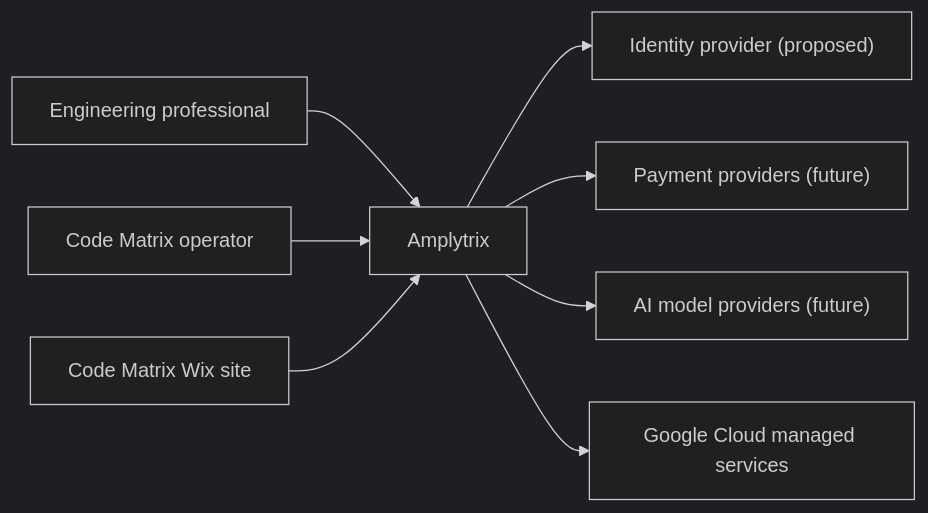
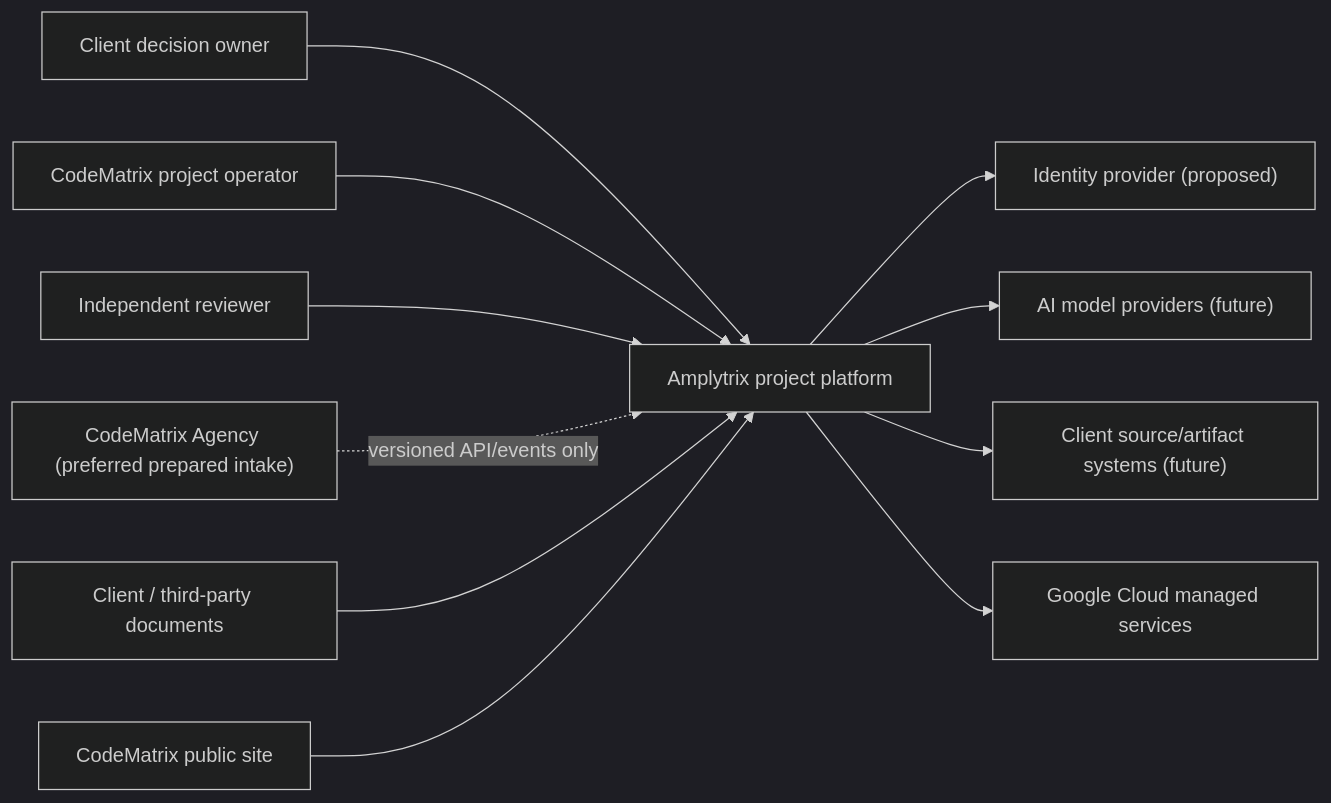
One commit to anderzilla/amplytrix changed the diagram in docs/architecture/c4-context.md. Above: the diagram before and after it, drawn with Mermaid (dark theme). The commit also changed other lines of this file and 83 other files, not shown here.

Commit message:
feat(architecture): establish project-governed phase zero

````diff
--- a/docs/architecture/c4-context.md
+++ b/docs/architecture/c4-context.md
@@ -3,10 +3,13 @@
 ```mermaid
 flowchart LR
-  user["Engineering professional"] --> amp["Amplytrix"]
-  admin["Code Matrix operator"] --> amp
+  client["Client decision owner"] --> amp["Amplytrix project platform"]
+  operator["CodeMatrix project operator"] --> amp
+  reviewer["Independent reviewer"] --> amp
   amp --> identity["Identity provider (proposed)"]
-  amp --> payment["Payment providers (future)"]
   amp --> model["AI model providers (future)"]
+  amp --> scm["Client source/artifact systems (future)"]
   amp --> gcp["Google Cloud managed services"]
-  wix["Code Matrix Wix site"] --> amp
+  agency["CodeMatrix Agency (preferred prepared intake)"] -. "versioned API/events only" .-> amp
+  clientdocs["Client / third-party documents"] --> amp
+  public["CodeMatrix public site"] --> amp
 ```
````
